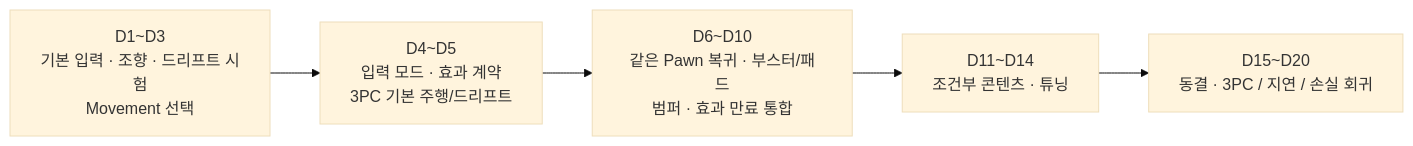
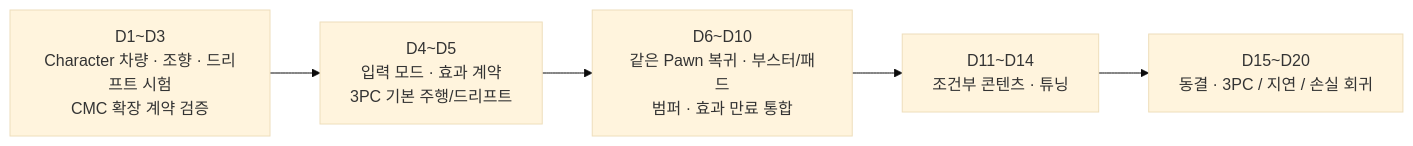
One commit to kevin6091/ProjectMW changed diagram 11 of 11 in Docs/Shared/Client,Server/07_차량_입력_이동_효과_설계.md. Above: the diagram before and after it, drawn with Mermaid (base theme). The commit also changed other lines of this file and 5 other files, not shown here.

````diff
--- a/Docs/Shared/Client,Server/07_차량_입력_이동_효과_설계.md
+++ b/Docs/Shared/Client,Server/07_차량_입력_이동_효과_설계.md
@@ -427,7 +432,7 @@
 ```mermaid
 flowchart LR
-    A["D1~D3<br/>기본 입력 · 조향 · 드리프트 시험<br/>Movement 선택"] --> B["D4~D5<br/>입력 모드 · 효과 계약<br/>3PC 기본 주행/드리프트"]
+    A["D1~D3<br/>Character 차량 · 조향 · 드리프트 시험<br/>CMC 확장 계약 검증"] --> B["D4~D5<br/>입력 모드 · 효과 계약<br/>3PC 기본 주행/드리프트"]
     B --> C["D6~D10<br/>같은 Pawn 복귀 · 부스터/패드<br/>범퍼 · 효과 만료 통합"]
     C --> D["D11~D14<br/>조건부 콘텐츠 · 튜닝"]
     D --> E["D15~D20<br/>동결 · 3PC / 지연 / 손실 회귀"]
 ```
````
